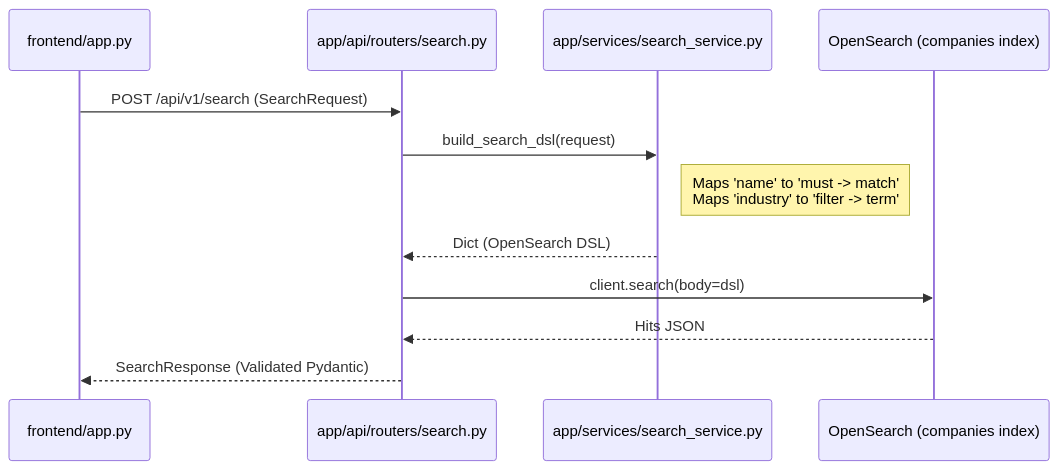
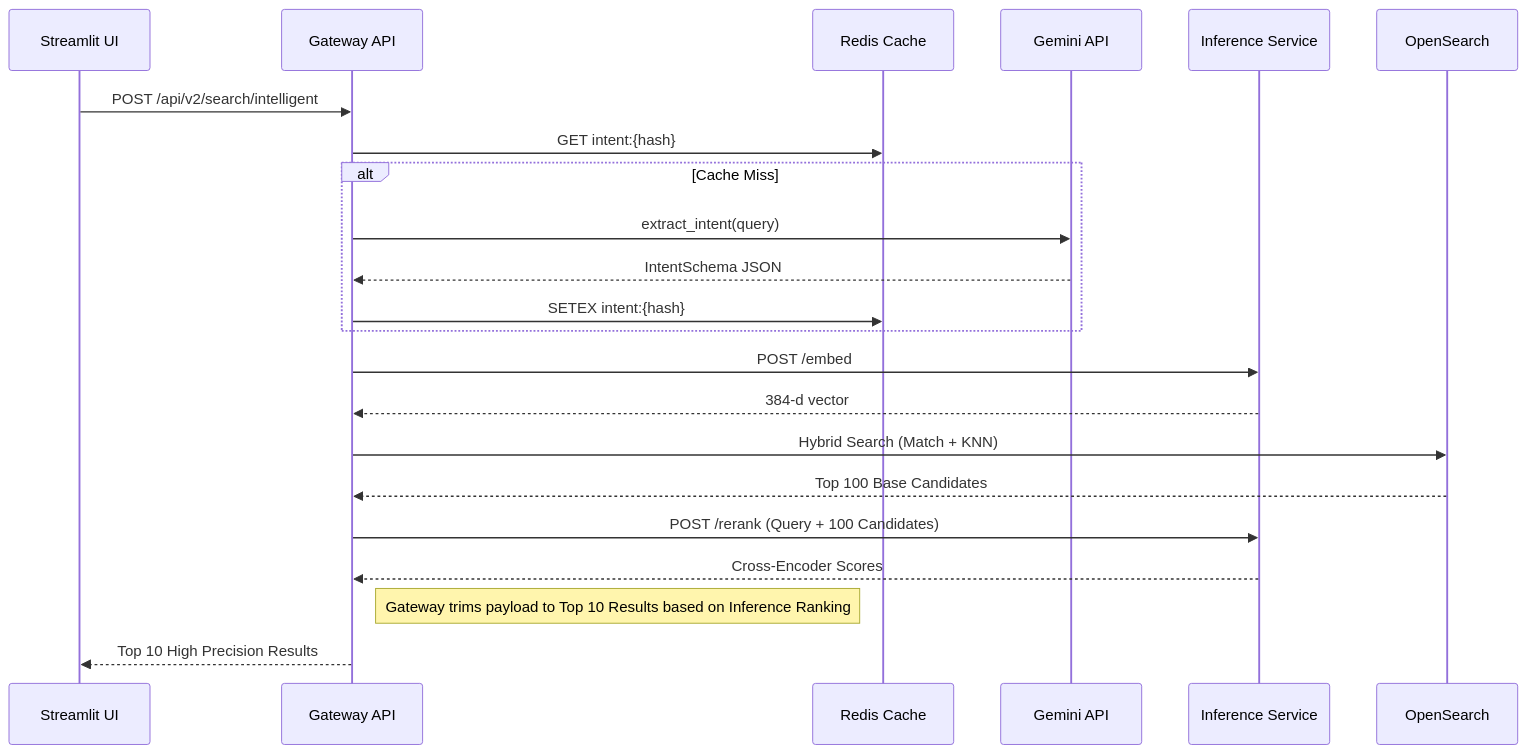
Before and after one commit to suryaavala/scaling-succotash: the second of 3 diagrams in docs/architecture.md, drawn with Mermaid. The commit also changed other lines of this file and 5 other files, not shown here.

````diff
--- a/docs/architecture.md
+++ b/docs/architecture.md
@@ -121,15 +46,31 @@
 ```mermaid
 sequenceDiagram
-    participant UI as frontend/app.py
-    participant API as app/api/routers/search.py
-    participant Svc as app/services/search_service.py
-    participant OS as OpenSearch (companies index)
+    participant UI as Streamlit UI
+    participant Gateway as Gateway API
+    participant Cache as Redis Cache
+    participant LLM as Gemini API
+    participant Inf as Inference Service
+    participant OS as OpenSearch
 
-    UI->>API: POST /api/v1/search (SearchRequest)
-    API->>Svc: build_search_dsl(request)
-    note right of Svc: Maps 'name' to 'must -> match'<br/>Maps 'industry' to 'filter -> term'
-    Svc-->>API: Dict (OpenSearch DSL)
-    API->>OS: client.search(body=dsl)
-    OS-->>API: Hits JSON
-    API-->>UI: SearchResponse (Validated Pydantic)
+    UI->>Gateway: POST /api/v2/search/intelligent
+    Gateway->>Cache: GET intent:{hash}
+    
+    alt Cache Miss
+        Gateway->>LLM: extract_intent(query)
+        LLM-->>Gateway: IntentSchema JSON
+        Gateway->>Cache: SETEX intent:{hash}
+    end
+    
+    %% Two Stage
+    Gateway->>Inf: POST /embed
+    Inf-->>Gateway: 384-d vector
+    Gateway->>OS: Hybrid Search (Match + KNN)
+    OS-->>Gateway: Top 100 Base Candidates
+    
+    Gateway->>Inf: POST /rerank (Query + 100 Candidates)
+    Inf-->>Gateway: Cross-Encoder Scores
+    
+    note right of Gateway: Gateway trims payload to Top 10 Results based on Inference Ranking
+    
+    Gateway-->>UI: Top 10 High Precision Results
 ```
````
